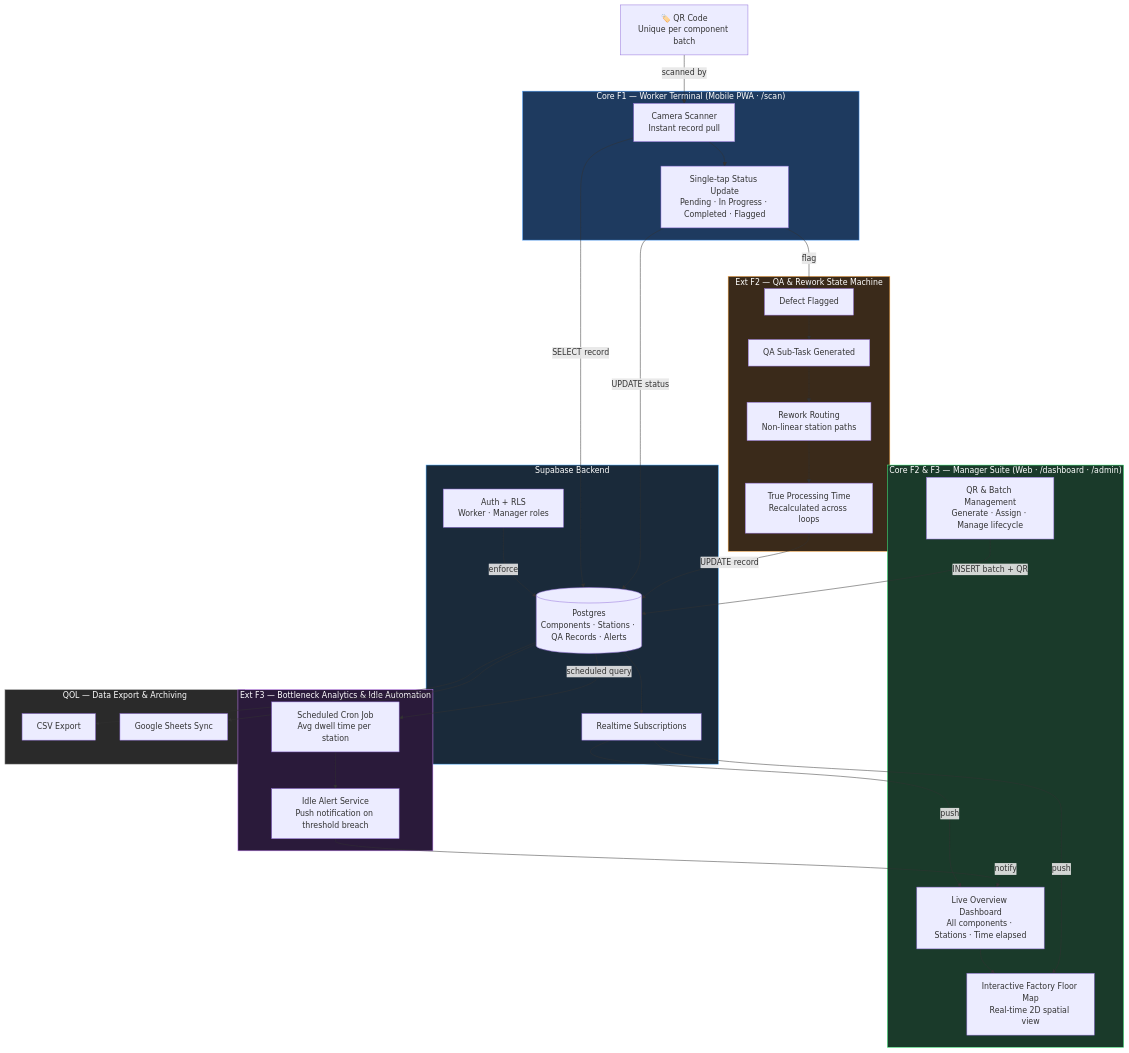
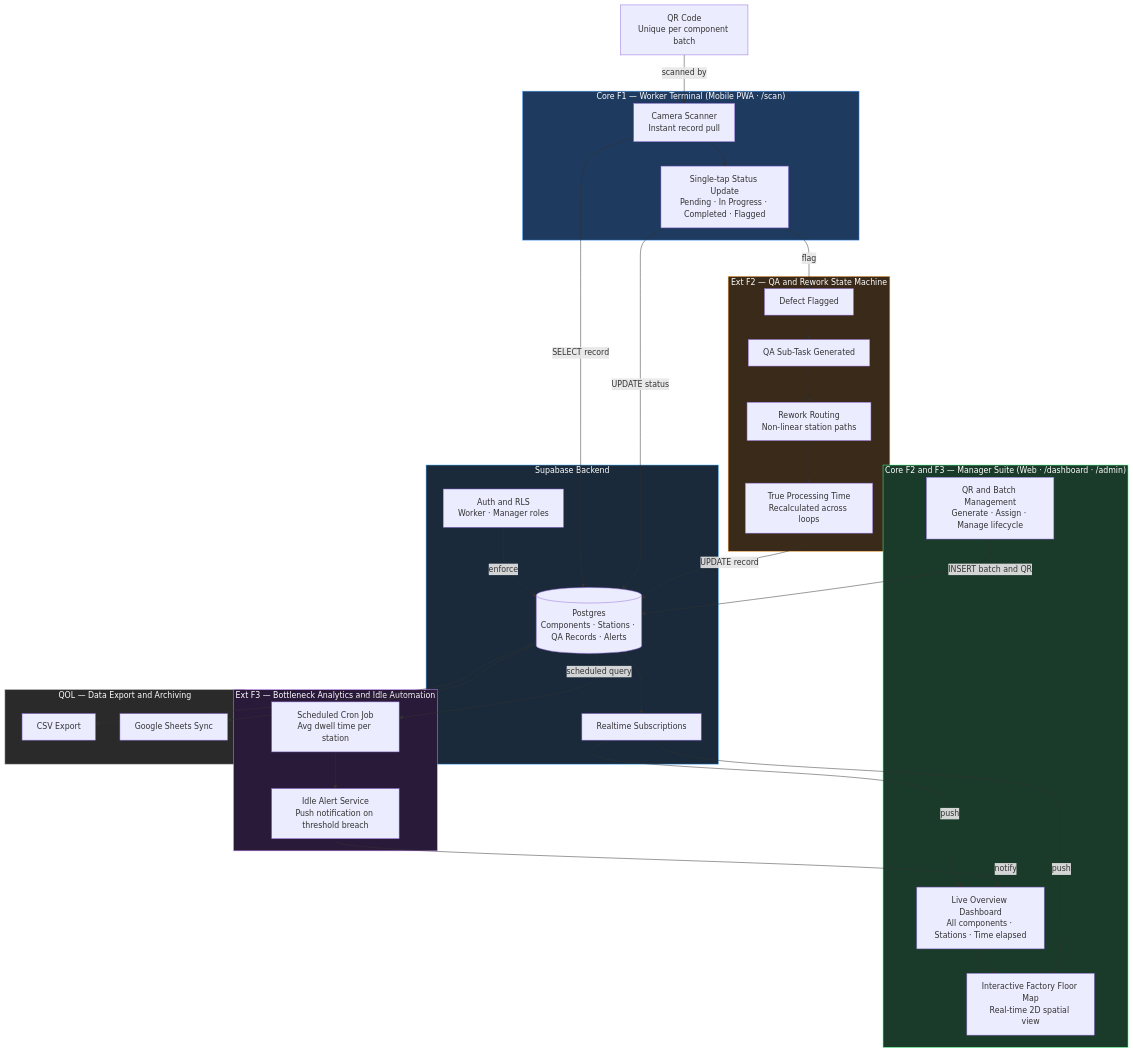
Before and after one commit to cmengu/MengKiaKnight: the diagram in README.md, drawn with Mermaid.

Commit message:
update architecture to mermaid diagram

````diff
--- a/README.md
+++ b/README.md
@@ -48,63 +48,63 @@
 ```mermaid
 flowchart TD
-    QR[🏷️ QR Code\nUnique per component batch] -->|scanned by| W_CAM
+    QR[QR Code<br/>Unique per component batch] -->|scanned by| W_CAM
 
     subgraph Worker ["Core F1 — Worker Terminal  (Mobile PWA · /scan)"]
-        W_CAM[Camera Scanner\nInstant record pull]
-        W_TAP[Single-tap Status Update\nPending · In Progress · Completed · Flagged]
+        W_CAM[Camera Scanner<br/>Instant record pull]
+        W_TAP[Single-tap Status Update<br/>Pending · In Progress · Completed · Flagged]
         W_CAM --> W_TAP
     end
 
-    subgraph ManagerSuite ["Core F2 & F3 — Manager Suite  (Web · /dashboard · /admin)"]
-        M_DASH[Live Overview Dashboard\nAll components · Stations · Time elapsed]
-        M_MAP[Interactive Factory Floor Map\nReal-time 2D spatial view]
-        M_ADMIN[QR & Batch Management\nGenerate · Assign · Manage lifecycle]
+    subgraph ManagerSuite ["Core F2 and F3 — Manager Suite  (Web · /dashboard · /admin)"]
+        M_DASH[Live Overview Dashboard<br/>All components · Stations · Time elapsed]
+        M_MAP[Interactive Factory Floor Map<br/>Real-time 2D spatial view]
+        M_ADMIN[QR and Batch Management<br/>Generate · Assign · Manage lifecycle]
         M_DASH --> M_MAP
     end
 
-    subgraph StateMachine ["Ext F2 — QA & Rework State Machine"]
+    subgraph StateMachine ["Ext F2 — QA and Rework State Machine"]
         SM_FLAG[Defect Flagged]
         SM_QA[QA Sub-Task Generated]
-        SM_ROUTE[Rework Routing\nNon-linear station paths]
-        SM_TIME[True Processing Time\nRecalculated across loops]
+        SM_ROUTE[Rework Routing<br/>Non-linear station paths]
+        SM_TIME[True Processing Time<br/>Recalculated across loops]
         SM_FLAG --> SM_QA --> SM_ROUTE --> SM_TIME
     end
 
-    subgraph Automation ["Ext F3 — Bottleneck Analytics & Idle Automation"]
-        A_CRON[Scheduled Cron Job\nAvg dwell time per station]
-        A_ALERT[Idle Alert Service\nPush notification on threshold breach]
+    subgraph Automation ["Ext F3 — Bottleneck Analytics and Idle Automation"]
+        A_CRON[Scheduled Cron Job<br/>Avg dwell time per station]
+        A_ALERT[Idle Alert Service<br/>Push notification on threshold breach]
         A_CRON --> A_ALERT
     end
 
     subgraph Supabase ["Supabase Backend"]
         SB_RT[Realtime Subscriptions]
-        SB_DB[(Postgres\nComponents · Stations · QA Records · Alerts)]
-        SB_AUTH[Auth + RLS\nWorker · Manager roles]
+        SB_DB[(Postgres<br/>Components · Stations · QA Records · Alerts)]
+        SB_AUTH[Auth and RLS<br/>Worker · Manager roles]
         SB_AUTH -->|enforce| SB_DB
         SB_DB --> SB_RT
     end
 
-    subgraph Export ["QOL — Data Export & Archiving"]
+    subgraph Export ["QOL — Data Export and Archiving"]
         EX_CSV[CSV Export]
         EX_GS[Google Sheets Sync]
     end
 
     W_CAM -->|SELECT record| SB_DB
     W_TAP -->|UPDATE status| SB_DB
     W_TAP -->|flag| SM_FLAG
     SM_TIME -->|UPDATE record| SB_DB
-    M_ADMIN -->|INSERT batch + QR| SB_DB
+    M_ADMIN -->|INSERT batch and QR| SB_DB
     SB_RT -->|push| M_DASH
     SB_RT -->|push| M_MAP
     SB_DB -->|scheduled query| A_CRON
     A_ALERT -->|notify| M_DASH
     SB_DB --> EX_CSV
     SB_DB --> EX_GS
 
     style Worker fill:#1e3a5f,color:#fff,stroke:#4a9eff
     style ManagerSuite fill:#1a3a2a,color:#fff,stroke:#4aff88
     style StateMachine fill:#3a2a1a,color:#fff,stroke:#ffaa44
     style Automation fill:#2a1a3a,color:#fff,stroke:#cc88ff
     style Supabase fill:#1a2a3a,color:#fff,stroke:#44aaff
     style Export fill:#2a2a2a,color:#fff,stroke:#aaaaaa
 ```
````
